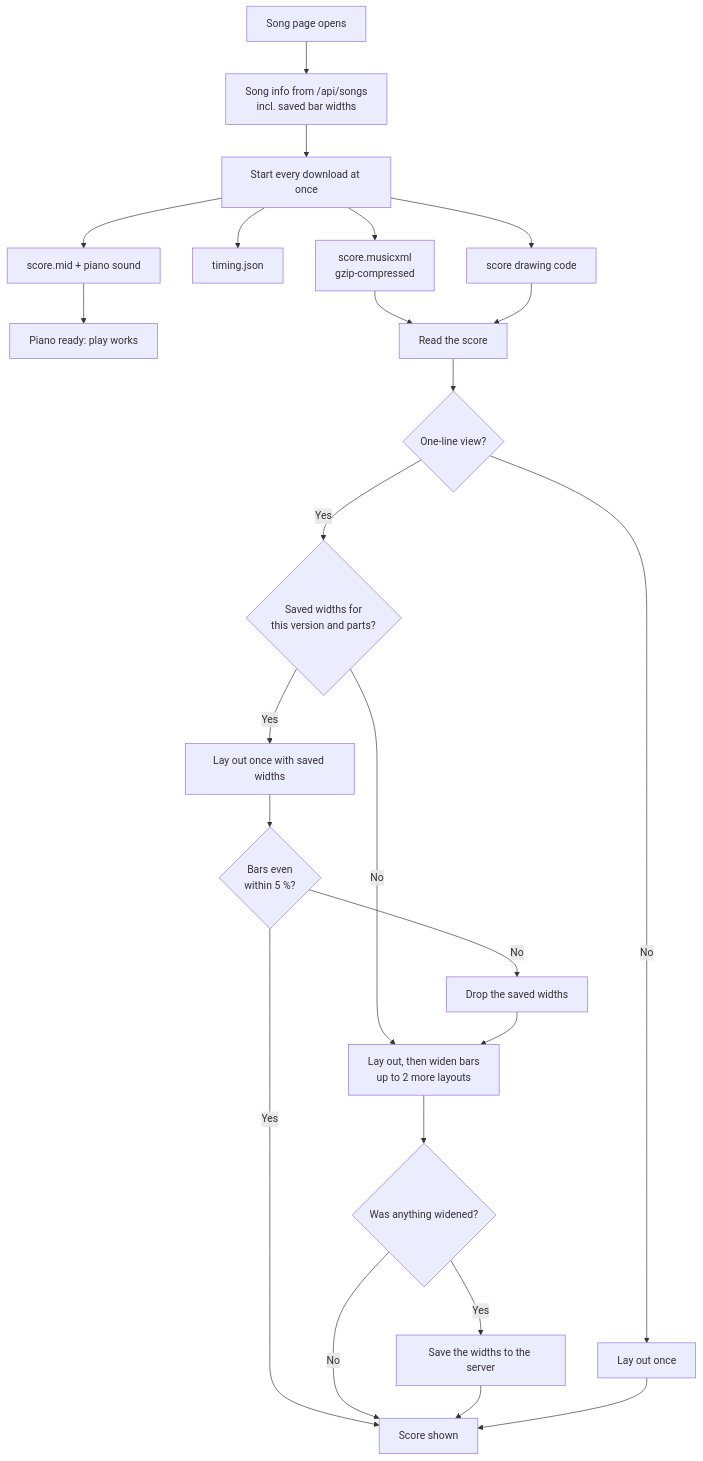
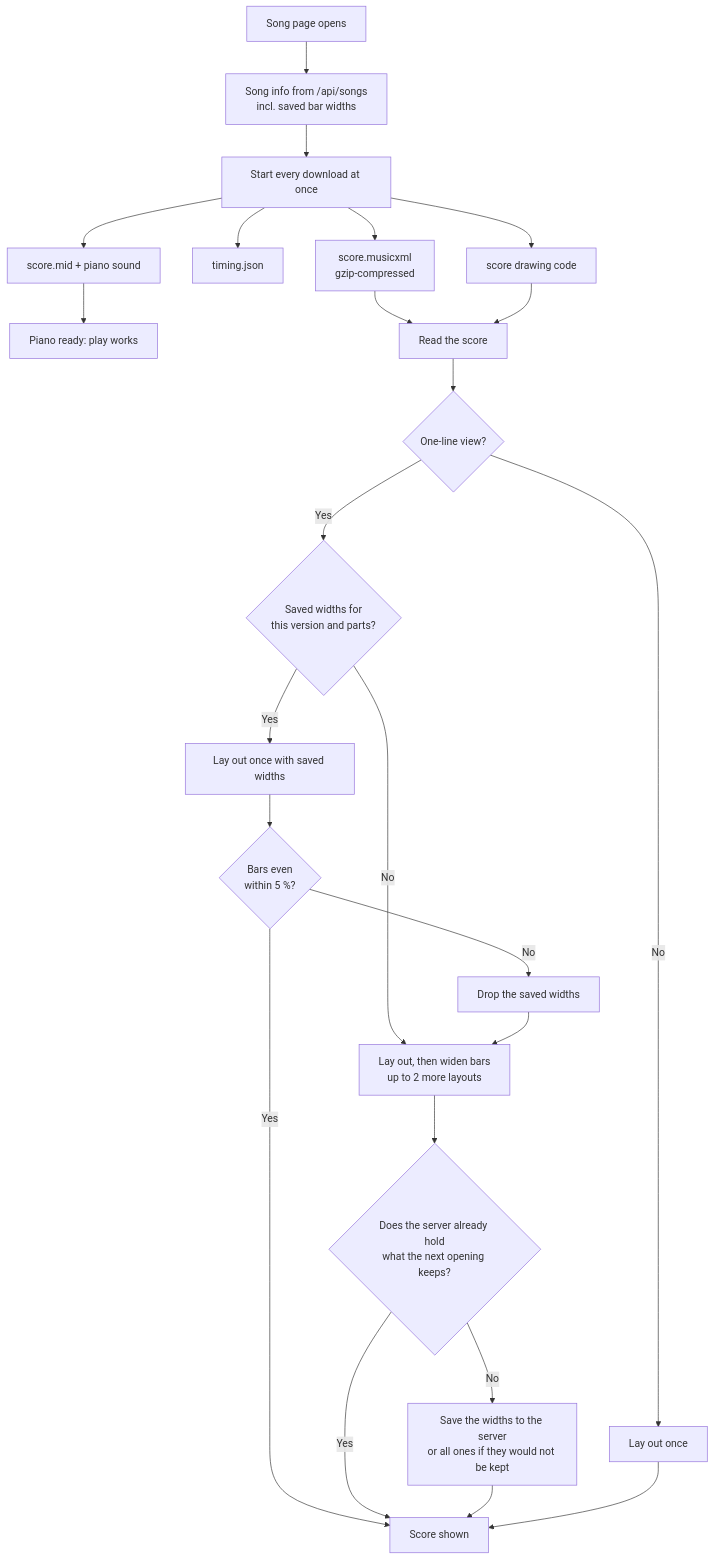
The diagram in docs/diagrams/song-opening.md (eerovil/stemmanauhat-cf), drawn with Mermaid before and after one commit. The commit also changed other lines of this file and 3 other files, not shown here.

First line of the commit message:
Player: a saved width set the next opening would drop is replaced (#137)

````diff
--- a/docs/diagrams/song-opening.md
+++ b/docs/diagrams/song-opening.md
@@ -5,29 +5,29 @@
 ```mermaid
 flowchart TD
   A[Song page opens] --> B[Song info from /api/songs<br/>incl. saved bar widths]
   B --> C[Start every download at once]
   C --> D[score.musicxml<br/>gzip-compressed]
   C --> E[timing.json]
   C --> F[score.mid + piano sound]
   C --> G[score drawing code]
   F --> H[Piano ready: play works]
   D --> I[Read the score]
   G --> I
   I --> J{One-line view?}
   J -- No --> K[Lay out once]
   J -- Yes --> L{Saved widths for<br/>this version and parts?}
   L -- Yes --> M[Lay out once with saved widths]
   L -- No --> N[Lay out, then widen bars<br/>up to 2 more layouts]
   M --> O{Bars even<br/>within 5 %?}
   O -- Yes --> P[Score shown]
   O -- No --> S[Drop the saved widths]
   S --> N
-  N --> R{Was anything widened?}
-  R -- Yes --> Q[Save the widths to the server]
-  R -- No --> P
+  N --> R{Does the server already hold<br/>what the next opening keeps?}
+  R -- No --> Q[Save the widths to the server<br/>or all ones if they would not be kept]
+  R -- Yes --> P
   Q --> P
   K --> P
   class C,D,G,M,O,Q,L,R,S teal
   class H,P green
   class N amber
 ```
````
